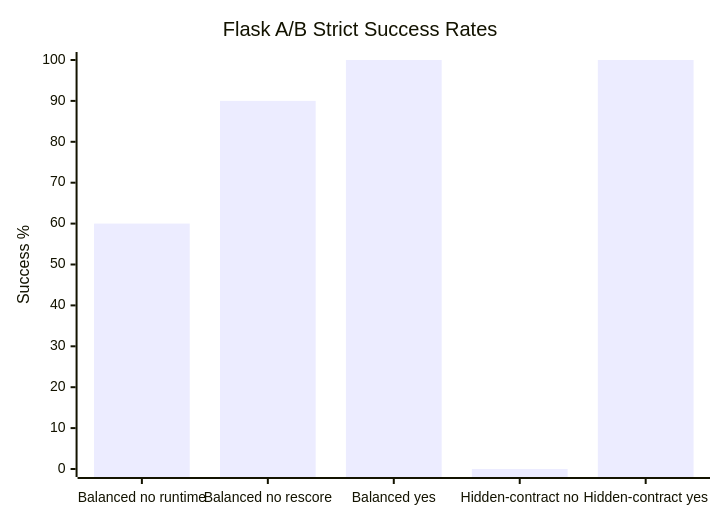
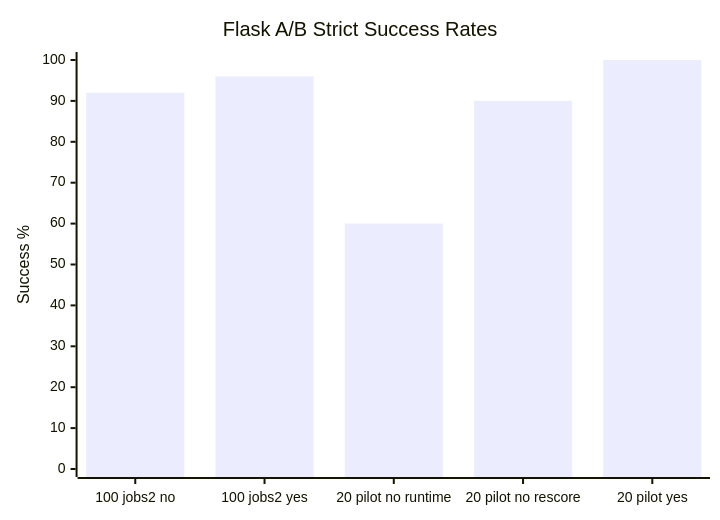
Before and after one commit to harnessworks/harness-agent-benchmark-runner: the diagram in README.md, drawn with Mermaid. The commit also changed other lines of this file and 4 other files, not shown here.

````diff
--- a/README.md
+++ b/README.md
@@ -113,7 +101,7 @@
 ```mermaid
 xychart-beta
     title "Flask A/B Strict Success Rates"
-    x-axis ["Balanced no runtime", "Balanced no rescore", "Balanced yes", "Hidden-contract no", "Hidden-contract yes"]
+    x-axis ["100 jobs2 no", "100 jobs2 yes", "20 pilot no runtime", "20 pilot no rescore", "20 pilot yes"]
     y-axis "Success %" 0 --> 100
-    bar [60, 90, 100, 0, 100]
+    bar [92, 96, 60, 90, 100]
 ```
````
